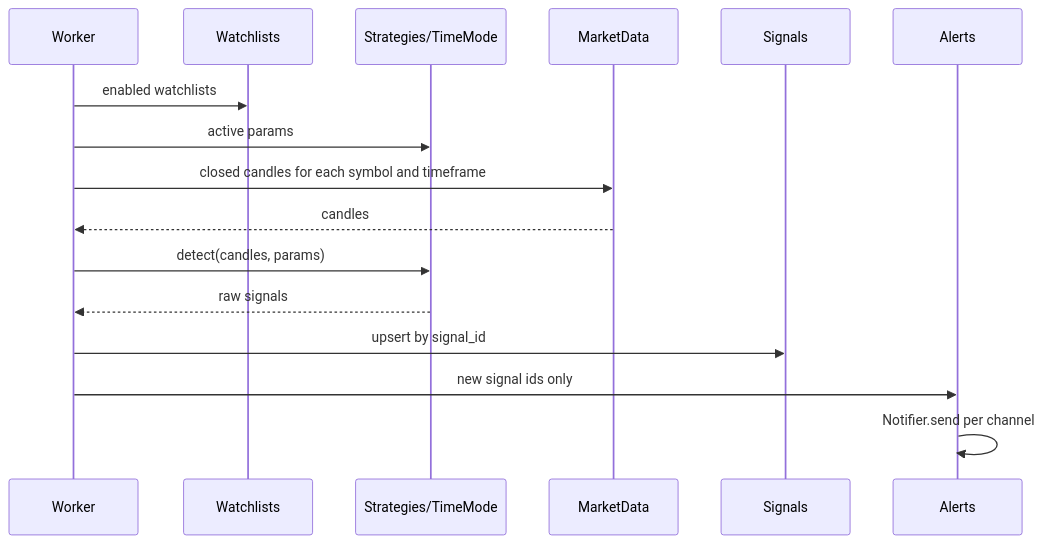
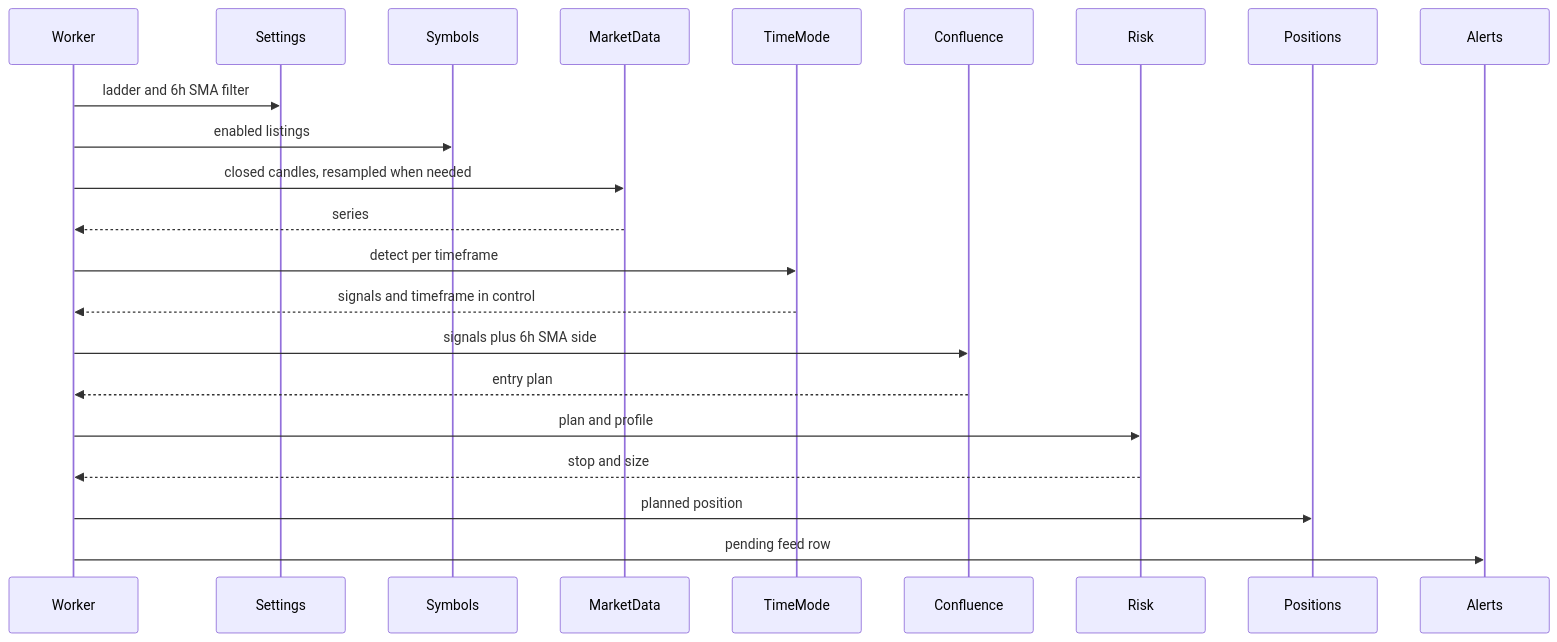
One commit to migueltrevinom/crypto-signals-with-grok-bot changed the second of 2 diagrams in docs/architecture.md. Above: the diagram before and after it, drawn with Mermaid. The commit also changed other lines of this file and 132 other files, not shown here.

````diff
--- a/docs/architecture.md
+++ b/docs/architecture.md
@@ -76,18 +76,24 @@
 ```mermaid
 sequenceDiagram
   participant Worker
-  participant Watchlists
-  participant Strategy as Strategies/TimeMode
+  participant Settings
+  participant Symbols
   participant Market as MarketData
-  participant Signals
+  participant TimeMode
+  participant Confluence
+  participant Risk
+  participant Positions
   participant Alerts
-  Worker->>Watchlists: enabled watchlists
-  Worker->>Strategy: active params
-  Worker->>Market: closed candles for each symbol and timeframe
-  Market-->>Worker: candles
-  Worker->>Strategy: detect(candles, params)
-  Strategy-->>Worker: raw signals
-  Worker->>Signals: upsert by signal_id
-  Worker->>Alerts: new signal ids only
-  Alerts->>Alerts: Notifier.send per channel
+  Worker->>Settings: ladder and 6h SMA filter
+  Worker->>Symbols: enabled listings
+  Worker->>Market: closed candles, resampled when needed
+  Market-->>Worker: series
+  Worker->>TimeMode: detect per timeframe
+  TimeMode-->>Worker: signals and timeframe in control
+  Worker->>Confluence: signals plus 6h SMA side
+  Confluence-->>Worker: entry plan
+  Worker->>Risk: plan and profile
+  Risk-->>Worker: stop and size
+  Worker->>Positions: planned position
+  Worker->>Alerts: pending feed row
 ```
````
